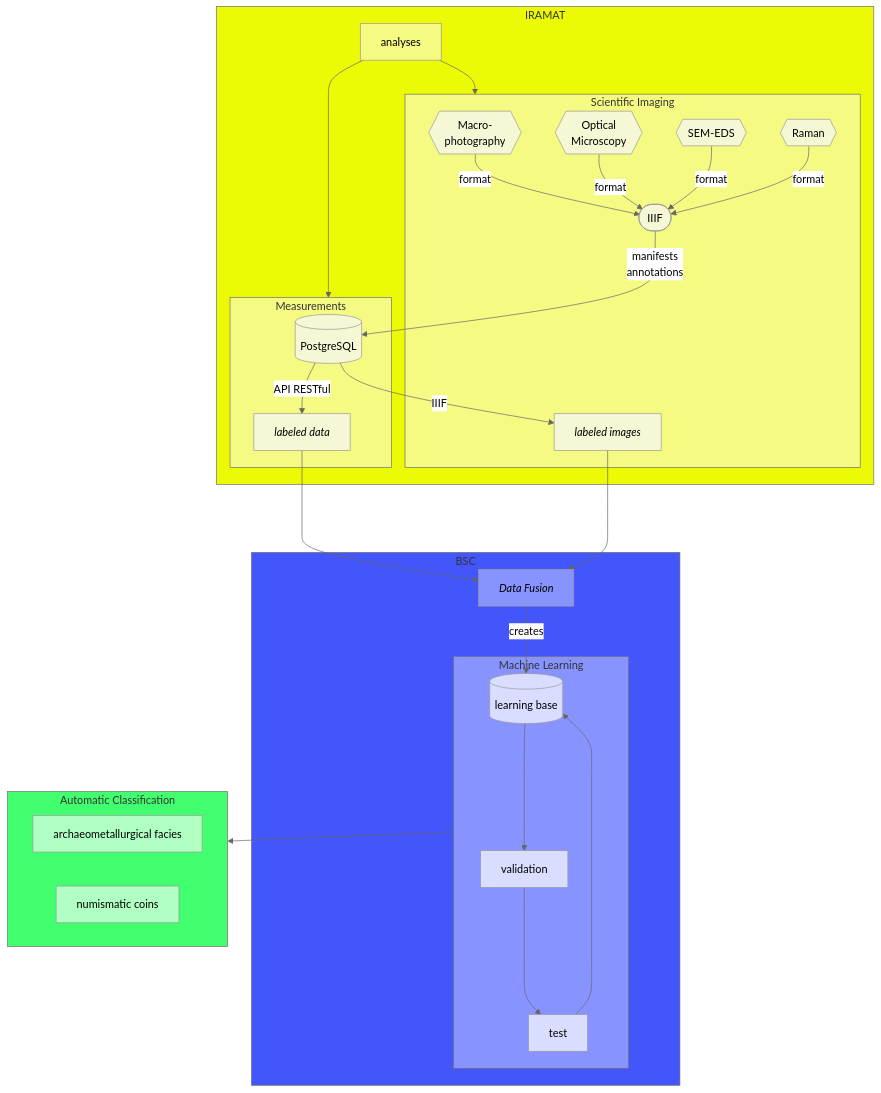
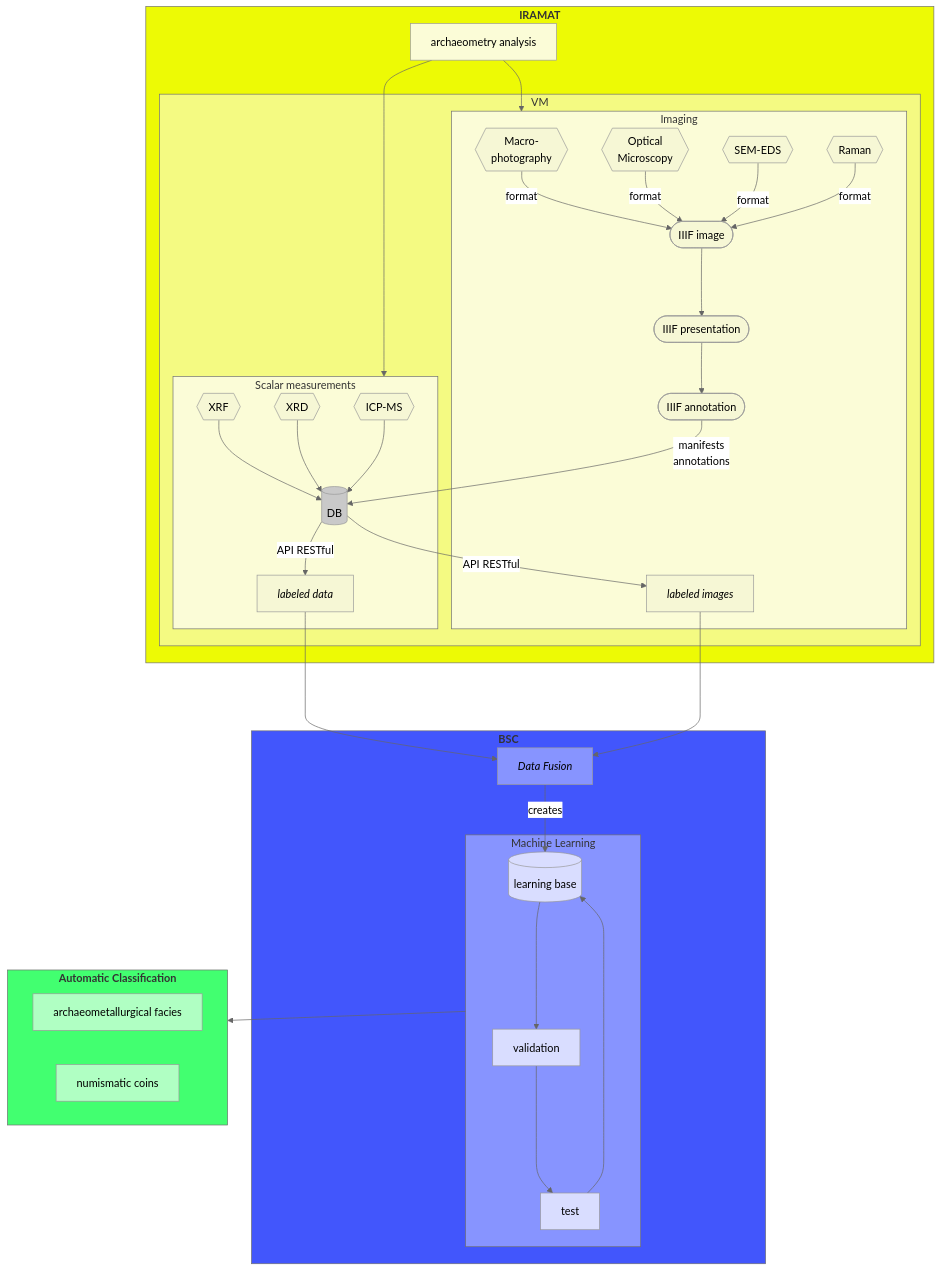
One commit to iramat/iramat-dev changed the diagram in talks/2026-bsc/README.md. Above: the diagram before and after it, drawn with Mermaid (neutral theme). The commit also changed other lines of this file, not shown here.

Commit message:
BSC workflow simplified and expanded

````diff
--- a/talks/2026-bsc/README.md
+++ b/talks/2026-bsc/README.md
@@ -4,61 +4,81 @@
 ```mermaid
 flowchart TD
-  subgraph IRAMAT[IRAMAT]
-    BD[(PostgreSQL)]
-    analyses
+  subgraph IRAMAT[<b>IRAMAT</b>]
+  	ICP{{ICP-MS}}
+  	XRD{{XRD}}
+	XRF{{XRF}}
+    BD[(DB)]
+    analyses[archaeometry analysis]
     analyses --> IRAMATdata
     analyses --> IRAMATimg
-    subgraph IRAMATdata[Measurements]
+	subgraph VM[VM]
+    subgraph IRAMATdata[Scalar measurements]
+		XRF --> BD
+		XRD --> BD
+		ICP --> BD
         BD -- API RESTful --> APIdata[<em>labeled data</em>]
     end
-    subgraph IRAMATimg[Scientific Imaging]
-        Macro{{Macro-<br>photography}} -- format --> IIIF([IIIF])
-        Opt{{Optical<br>Microscopy}} -- format --> IIIF
-        SEM{{SEM-EDS}} -- format --> IIIF
-        Raman{{Raman}} -- format --> IIIF
-        IIIF -- manifests<br>annotations --> BD
-        BD -- IIIF --> IIIFmanifest[<em>labeled images</em>]
+    subgraph IRAMATimg[Imaging]
+        Macro{{Macro-<br>photography}} -- format --> IIIFimg([IIIF image])
+        Opt{{Optical<br>Microscopy}} -- format --> IIIFimg
+        SEM{{SEM-EDS}} -- format --> IIIFimg
+        Raman{{Raman}} -- format --> IIIFimg
+        IIIFimg ---> IIIFpres([IIIF presentation])
+		IIIFpres --> IIIFannot([IIIF annotation])
+		IIIFannot -- manifests<br>annotations --> BD
+        BD -- API RESTful --> APIimg[<em>labeled images</em>]
     end
+	end
   end
   APIdata ---> PyExtract[<em>Data Fusion</em>]
-  IIIFmanifest ---> PyExtract
-  subgraph BSC[BSC]
+  APIimg ---> PyExtract
+  subgraph BSC[<b>BSC</b>]
     PyExtract -- creates --> MLlearn[(learning base)]
     subgraph ML[Machine Learning]
       MLlearn ---> MLvalid[validation]
       MLvalid ---> MLtest[test]
       MLtest --> MLlearn
     end
   end
-    subgraph out[Automatic Classification]
+    subgraph out[<b>Automatic Classification</b>]
       ResMet[archaeometallurgical facies]
       ResNum[numismatic coins]
     end
   ML ---> out
 
 style BD fill:#cccccc
 
 style IRAMAT fill:#edfa05
-style analyses fill:#f4fa82
-style IRAMATdata fill:#f4fa82
-style IRAMATimg fill:#f4fa82
+style VM fill:#f4fa82
+style analyses fill:#fbfcd7
+style IRAMATdata fill:#fbfcd7
+style IRAMATimg fill:#fbfcd7
+style XRF fill:#f6f7d5
+style XRD fill:#f6f7d5
+style ICP fill:#f6f7d5
 style Macro fill:#f6f7d5
 style Opt fill:#f6f7d5
 style SEM fill:#f6f7d5
 style Raman fill:#f6f7d5
-style IIIF fill:#f6f7d5
-style IIIFmanifest fill:#f6f7d5
-style BD fill:#f6f7d5
+style IIIFimg fill:#f6f7d5
+style IIIFpres fill:#f6f7d5
+style IIIFannot fill:#f6f7d5
+style BD fill:#c9c9c9
 style APIdata fill:#f6f7d5
+style APIimg fill:#f6f7d5
 
 style BSC fill:#4256fc
 style PyExtract fill:#8794ff
 style ML fill:#8794ff
 style MLlearn fill:#d9ddff
 style MLvalid fill:#d9ddff
 style MLtest fill:#d9ddff
 
 style out fill:#42ff70
 style ResMet fill:#b0ffc3
 style ResNum fill:#b0ffc3
+
+click BD "https://github.com/iramat/iramat-dev/edit/main/talks/2026-bsc/README.md#db"
+click VM "https://github.com/iramat/iramat-dev/edit/main/talks/2026-bsc/README.md#vm"
+click IIIFimg "https://github.com/iramat/iramat-dev/edit/main/talks/2026-bsc/README.md#IIIFimg"
 ```
````
